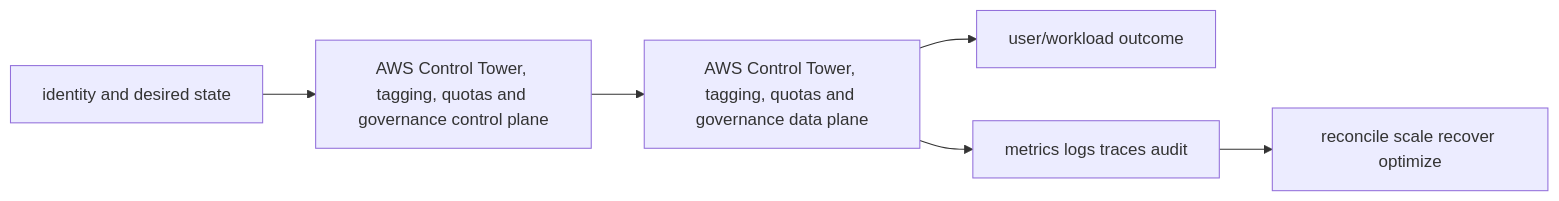
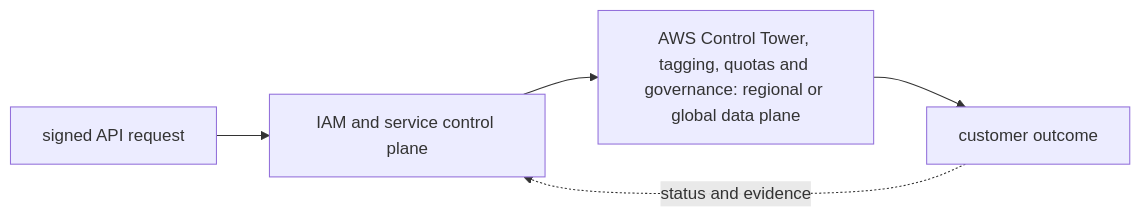
The diagram in 07-aws/01-foundations/04-control-tower-governance/README.md (tomkidumbuyo/DevOps-interview-preparation), drawn with Mermaid before and after one commit. The commit also changed other lines of this file and 753 other files, not shown here.

````diff
--- a/07-aws/01-foundations/04-control-tower-governance/README.md
+++ b/07-aws/01-foundations/04-control-tower-governance/README.md
@@ -19,8 +31,7 @@
 ```mermaid
 flowchart LR
-  I[identity and desired state] --> C[AWS Control Tower, tagging, quotas and governance control plane]
-  C --> D[AWS Control Tower, tagging, quotas and governance data plane]
-  D --> U[user/workload outcome]
-  D --> O[metrics logs traces audit]
-  O --> R[reconcile scale recover optimize]
+  A["signed API request"] --> B["IAM and service control plane"]
+  B --> C["AWS Control Tower, tagging, quotas and governance: regional or global data plane"]
+  C --> D["customer outcome"]
+  D -. "status and evidence" .-> B
 ```
````
